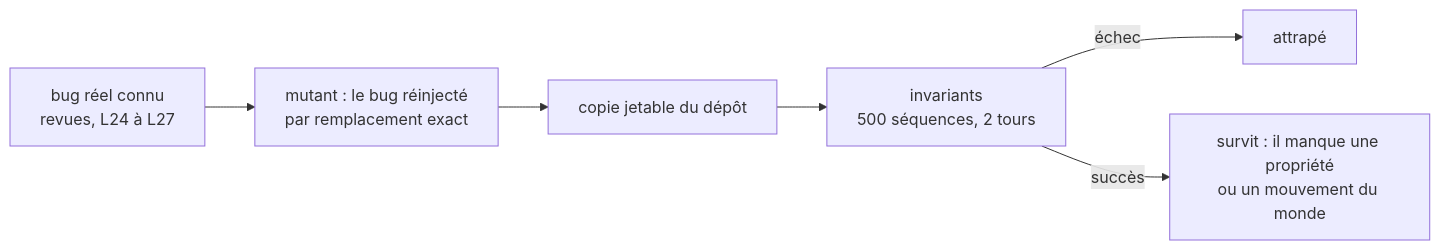
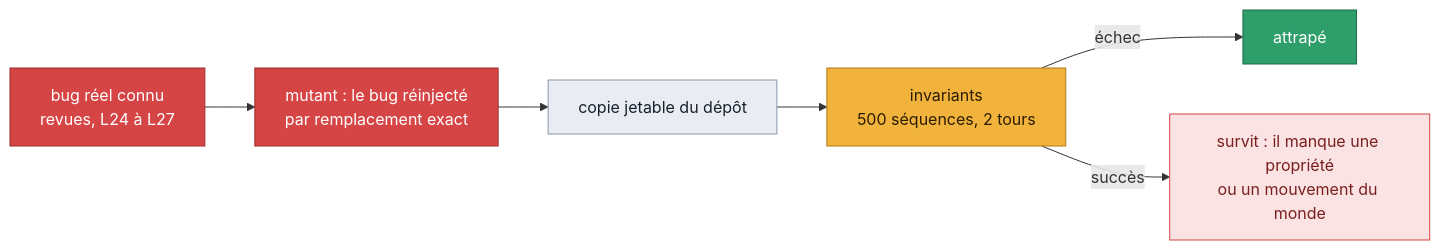
The fourth of 5 diagrams in docs/design/preuves.md (Vanyar53/eregion), drawn with Mermaid before and after one commit. The commit also changed other lines of this file and 3 other files, not shown here.

````diff
--- a/docs/design/preuves.md
+++ b/docs/design/preuves.md
@@ -120,8 +144,18 @@
 ```mermaid
 flowchart LR
     B["bug réel connu<br/>revues, L24 à L27"] --> Mu["mutant : le bug réinjecté<br/>par remplacement exact"]
     Mu --> Cp["copie jetable du dépôt"]
     Cp --> T["invariants<br/>500 séquences, 2 tours"]
     T -->|"échec"| Ok["attrapé"]
     T -->|"succès"| Ko["survit : il manque une propriété<br/>ou un mouvement du monde"]
+    classDef red fill:#d64545,stroke:#9e2a2a,color:#ffffff
+    classDef data fill:#e9edf3,stroke:#8a96a8,color:#18212b
+    classDef guard fill:#f2b33d,stroke:#b07a12,color:#2b1d00
+    classDef go fill:#2e9e6a,stroke:#1d6b47,color:#ffffff
+    classDef warn fill:#fbe3e3,stroke:#d64545,color:#7a1f1f
+    class B,Mu red
+    class Cp data
+    class T guard
+    class Ok go
+    class Ko warn
 ```
````
